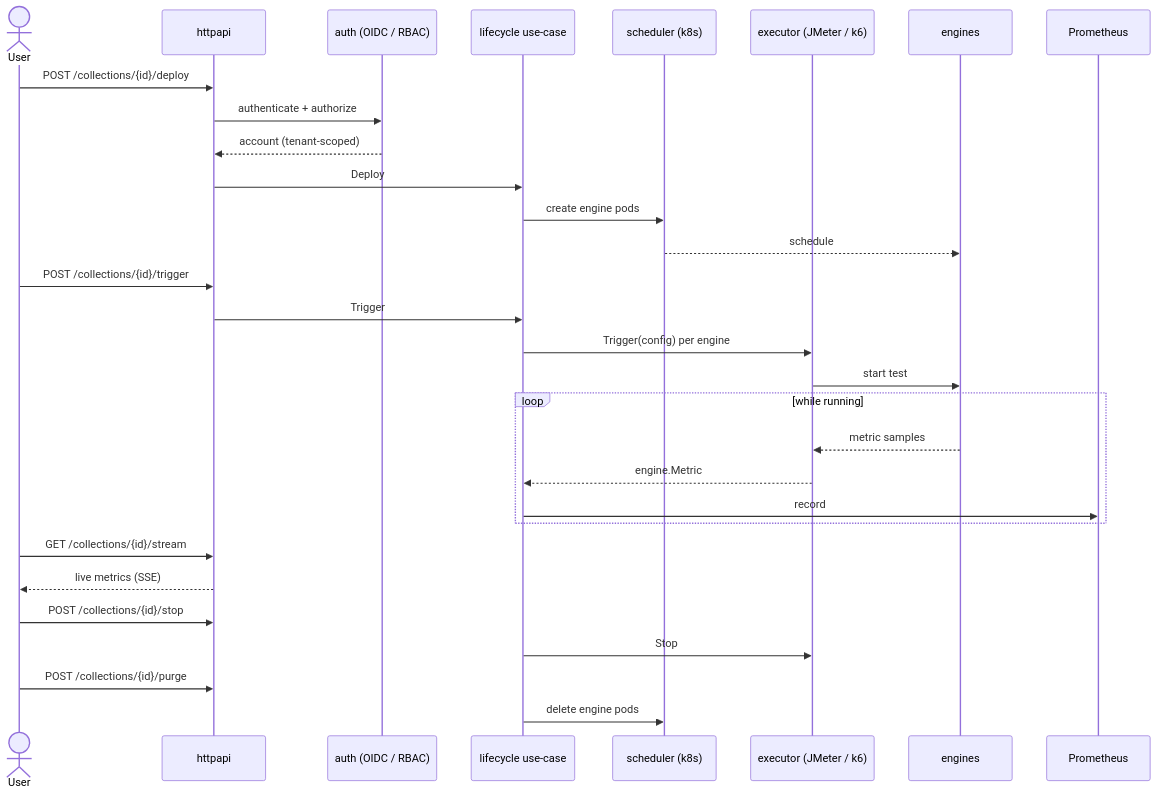
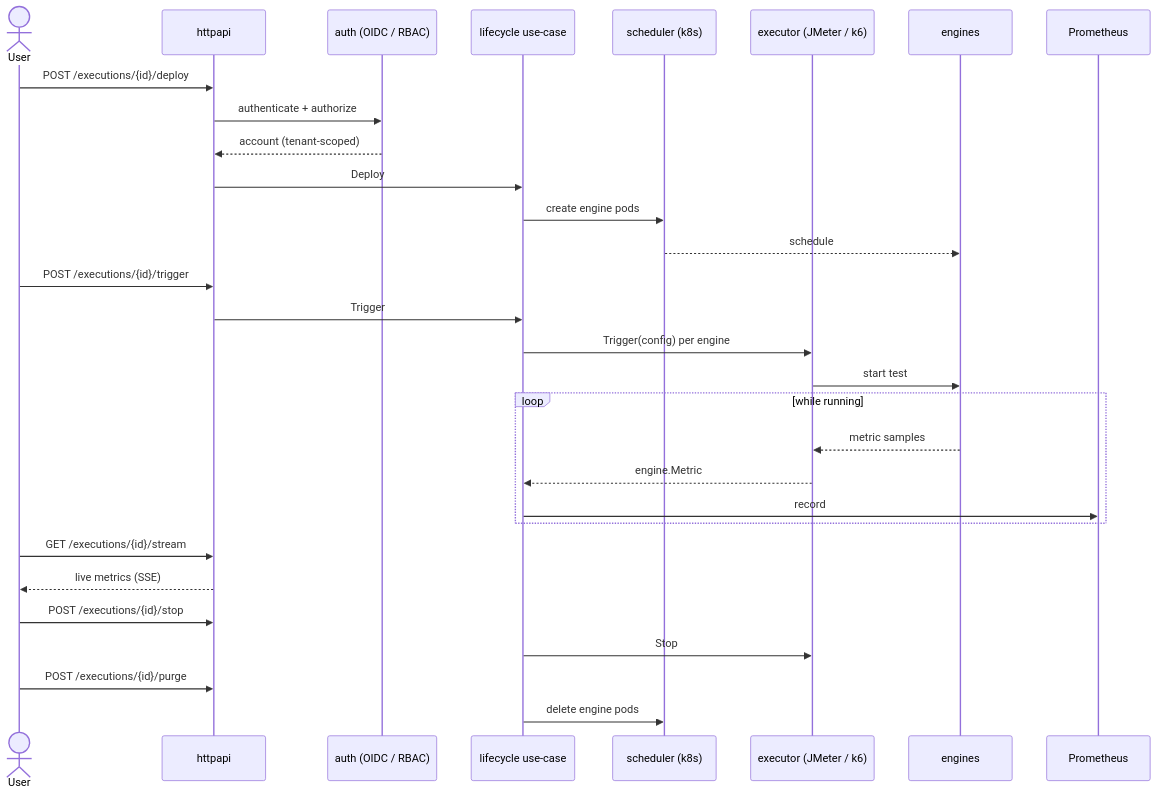
The second of 2 diagrams in README.md (hveda/Setagaya), drawn with Mermaid before and after one commit. The commit also changed other lines of this file and 42 other files, not shown here.

````diff
--- a/README.md
+++ b/README.md
@@ -114,37 +114,37 @@
 ```mermaid
 sequenceDiagram
     actor User
     participant API as httpapi
     participant Auth as auth (OIDC / RBAC)
     participant LC as lifecycle use-case
     participant Sched as scheduler (k8s)
     participant Exec as executor (JMeter / k6)
     participant Eng as engines
     participant Prom as Prometheus
 
-    User->>API: POST /collections/{id}/deploy
+    User->>API: POST /executions/{id}/deploy
     API->>Auth: authenticate + authorize
     Auth-->>API: account (tenant-scoped)
     API->>LC: Deploy
     LC->>Sched: create engine pods
     Sched-->>Eng: schedule
 
-    User->>API: POST /collections/{id}/trigger
+    User->>API: POST /executions/{id}/trigger
     API->>LC: Trigger
     LC->>Exec: Trigger(config) per engine
     Exec->>Eng: start test
 
     loop while running
         Eng-->>Exec: metric samples
         Exec-->>LC: engine.Metric
         LC->>Prom: record
     end
 
-    User->>API: GET /collections/{id}/stream
+    User->>API: GET /executions/{id}/stream
     API-->>User: live metrics (SSE)
 
-    User->>API: POST /collections/{id}/stop
+    User->>API: POST /executions/{id}/stop
     LC->>Exec: Stop
-    User->>API: POST /collections/{id}/purge
+    User->>API: POST /executions/{id}/purge
     LC->>Sched: delete engine pods
 ```
````
